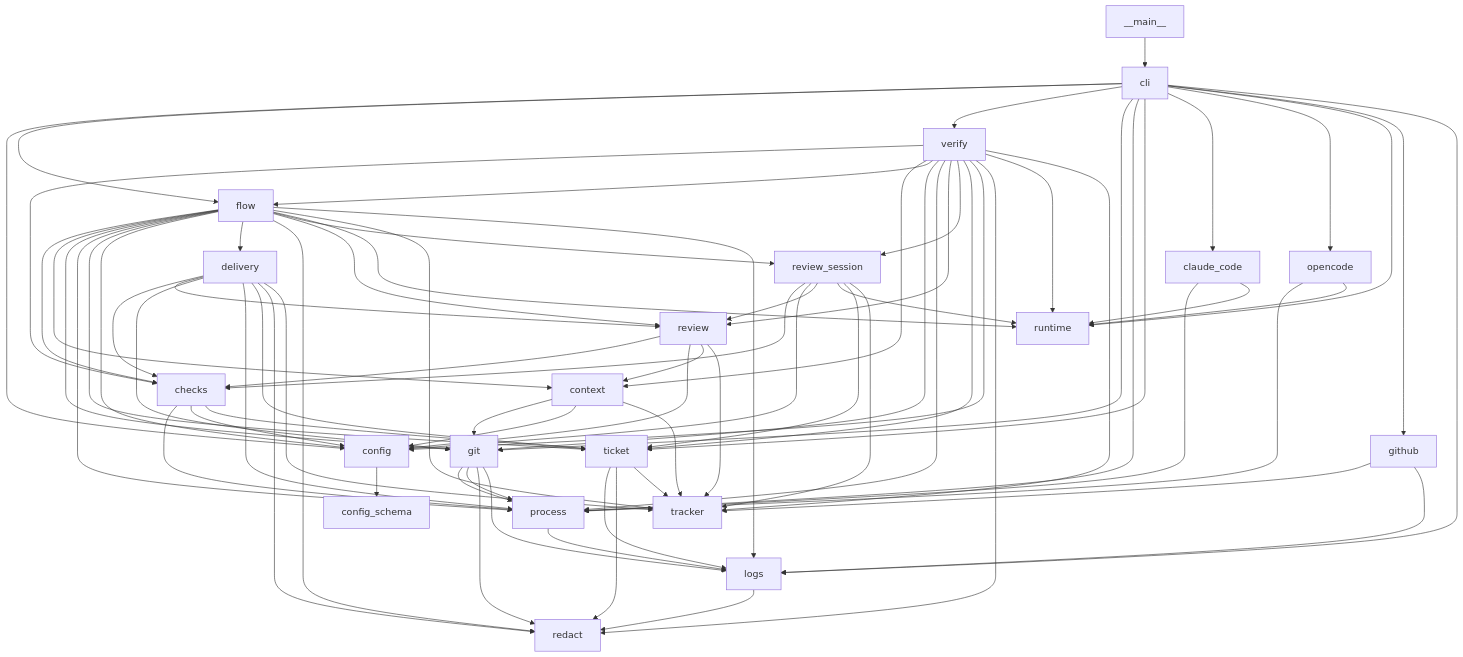
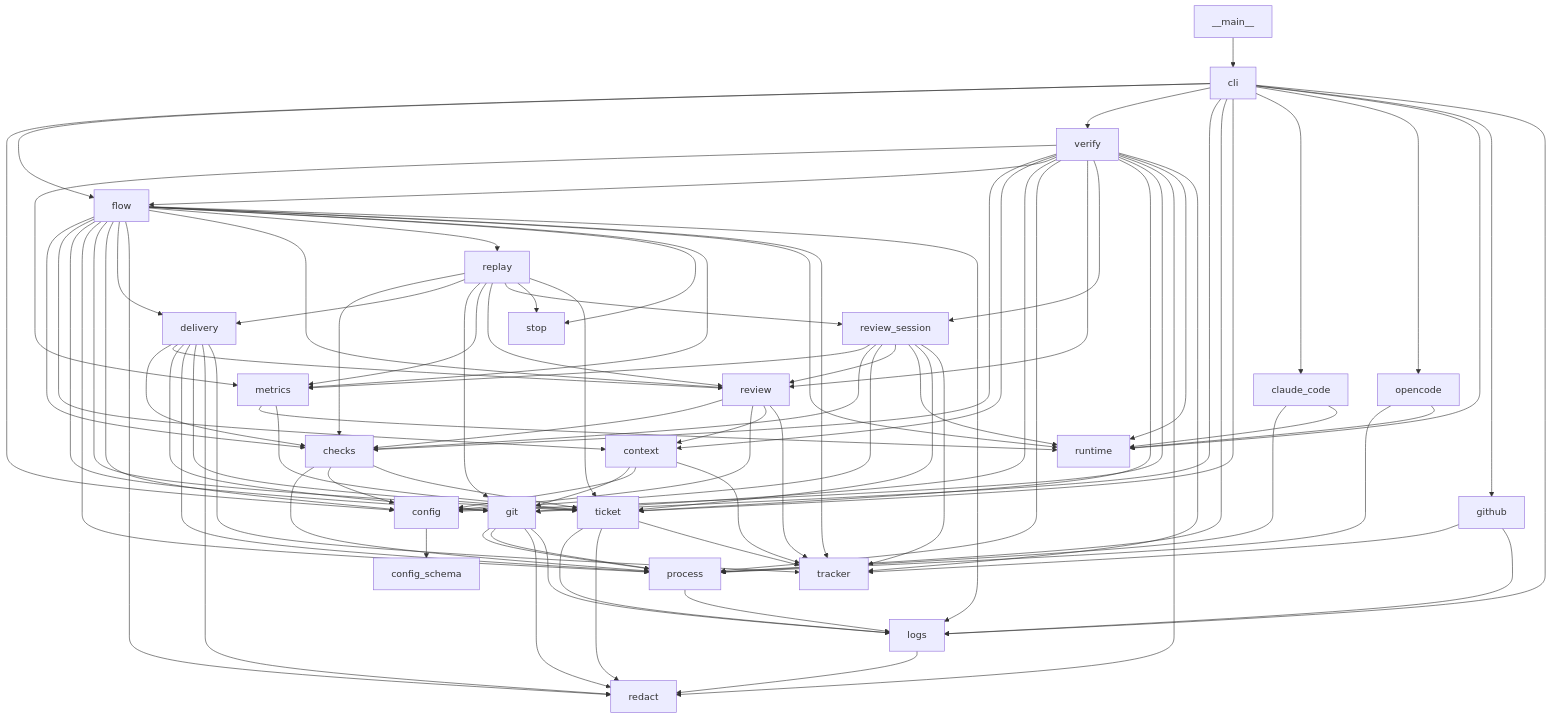
One commit to plaplanche/ariane changed the first of 3 diagrams in docs/architecture/3-components.md. Above: the diagram before and after it, drawn with Mermaid. The commit also changed 15 other files, not shown here.

Commit message:
#95: Record each ticket's measurements in work/<n>/metrics.json (C19, slice 4)

```diff
--- a/docs/architecture/3-components.md
+++ b/docs/architecture/3-components.md
@@ -45,7 +45,21 @@
   flow --> delivery
   flow --> redact
   flow --> review
-  flow --> review_session
+  flow --> replay
+  flow --> stop
+  flow --> metrics
+  metrics --> runtime
+  metrics --> ticket
+  replay --> checks
+  replay --> delivery
+  replay --> git
+  replay --> metrics
+  replay --> review
+  replay --> review_session
+  replay --> stop
+  replay --> ticket
+  review_session --> metrics
+  verify --> metrics
   flow --> runtime
   flow --> tracker
   git --> process
```
